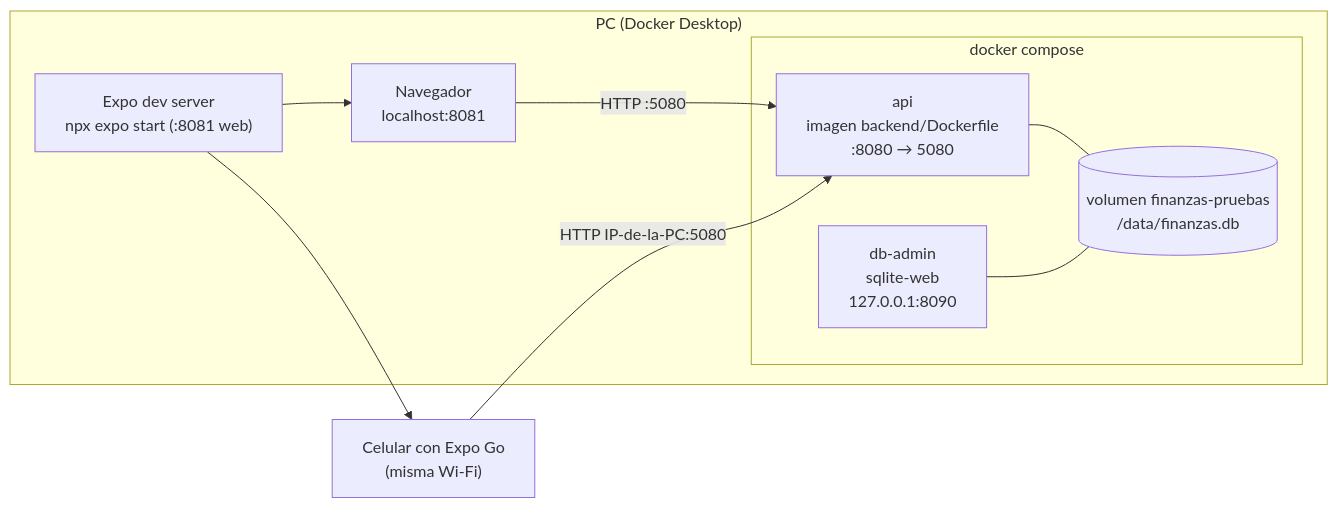
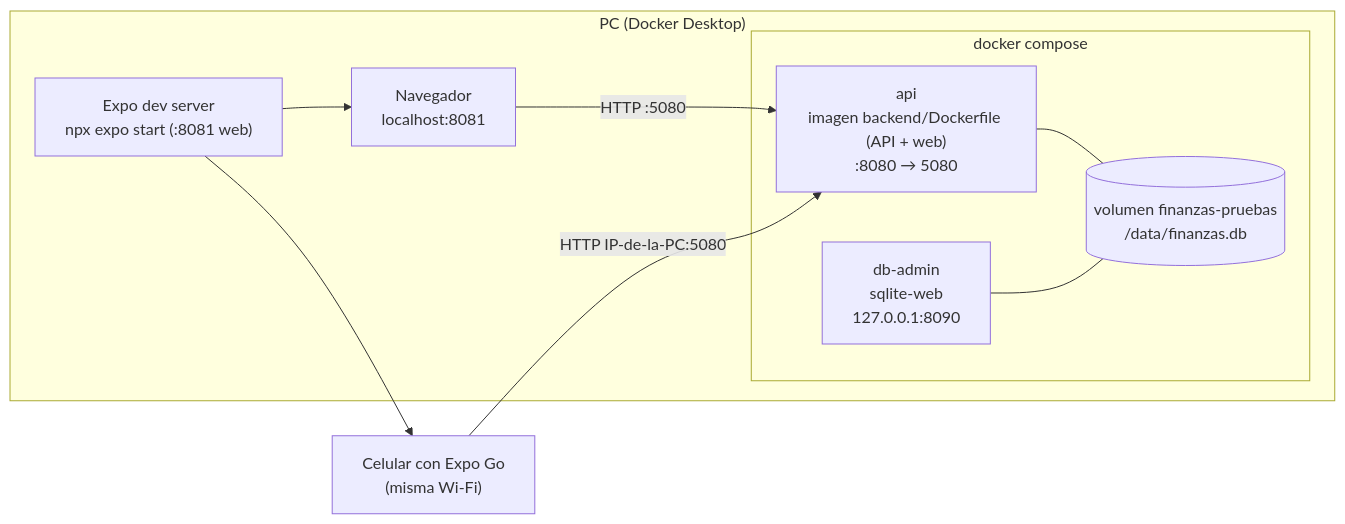
One commit to pmarcore/mis_finanzas_app changed the third of 3 diagrams in docs/arquitectura.md. Above: the diagram before and after it, drawn with Mermaid. The commit also changed other lines of this file and 43 other files, not shown here.

````diff
--- a/docs/arquitectura.md
+++ b/docs/arquitectura.md
@@ -86,19 +90,19 @@
 ```mermaid
 flowchart LR
   subgraph PC["PC (Docker Desktop)"]
     subgraph Compose["docker compose"]
-      A["api<br/>imagen backend/Dockerfile<br/>:8080 → 5080"]
+      A["api<br/>imagen backend/Dockerfile (API + web)<br/>:8080 → 5080"]
       ADM["db-admin<br/>sqlite-web<br/>127.0.0.1:8090"]
       V[("volumen finanzas-pruebas<br/>/data/finanzas.db")]
       A --- V
       ADM --- V
     end
     EX["Expo dev server<br/>npx expo start (:8081 web)"]
     BR["Navegador<br/>localhost:8081"]
   end
   CEL["Celular con Expo Go<br/>(misma Wi-Fi)"]
   EX --> BR
   EX --> CEL
   BR -->|HTTP :5080| A
   CEL -->|HTTP IP-de-la-PC:5080| A
 ```
````
